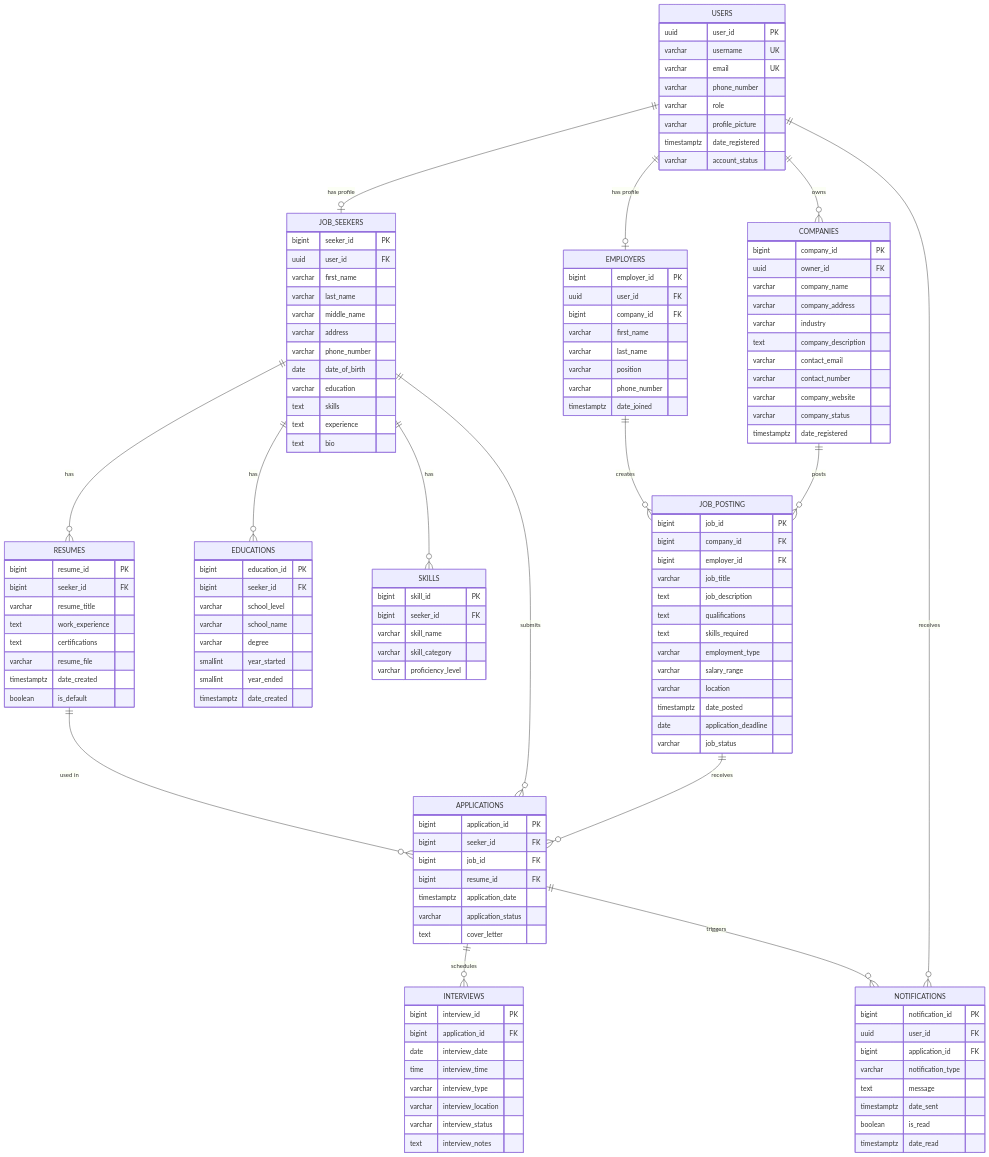
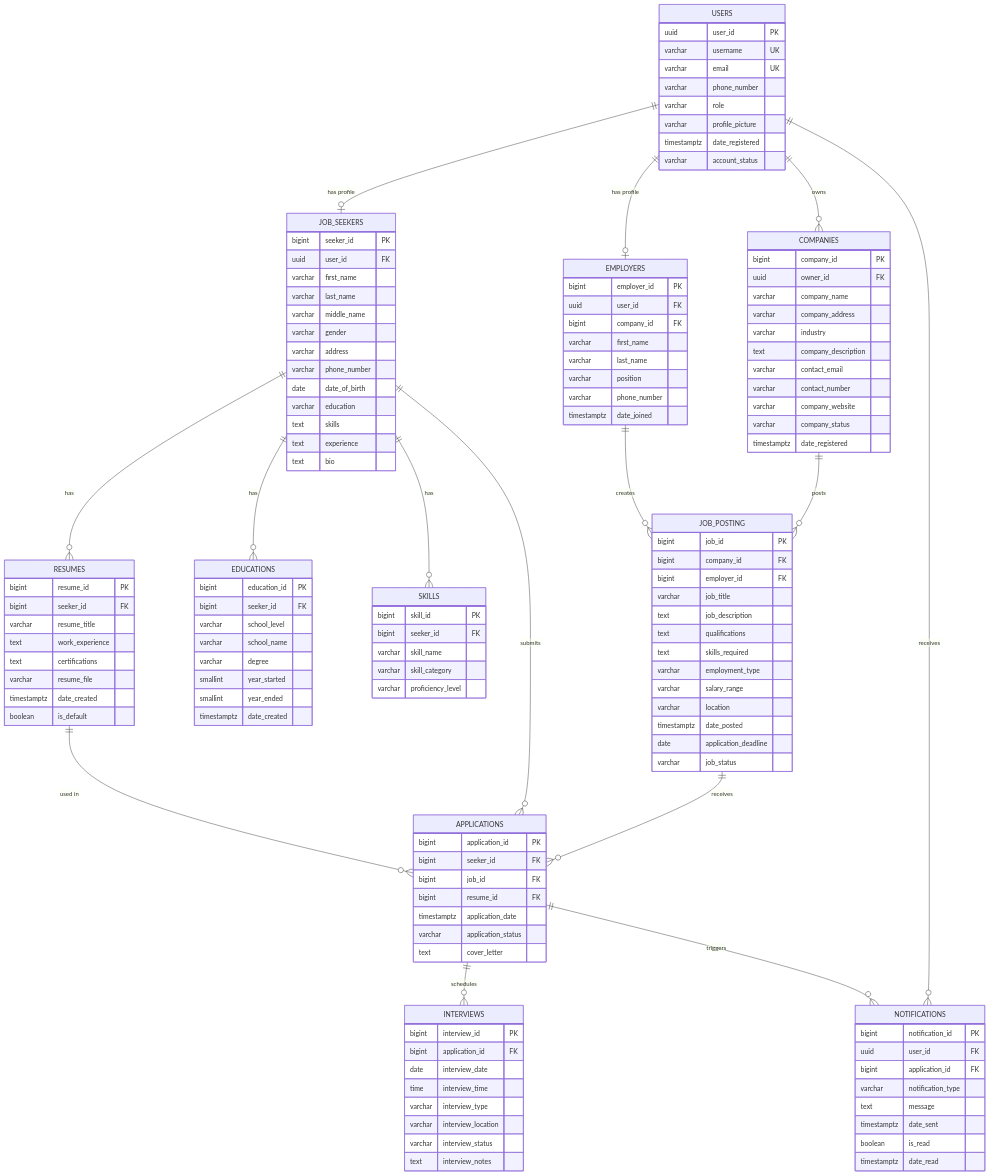
Before and after one commit to sandaramangubat22/cuteko: the diagram in docs/erd.mmd, drawn with Mermaid. The commit also changed 4 other files, not shown here.

```diff
--- a/docs/erd.mmd
+++ b/docs/erd.mmd
@@ -1,148 +1,149 @@
 erDiagram
     USERS ||--o| JOB_SEEKERS : "has profile"
     USERS ||--o| EMPLOYERS : "has profile"
     USERS ||--o{ COMPANIES : "owns"
     USERS ||--o{ NOTIFICATIONS : "receives"
 
     COMPANIES ||--o{ JOB_POSTING : "posts"
     EMPLOYERS ||--o{ JOB_POSTING : "creates"
 
     JOB_SEEKERS ||--o{ RESUMES : "has"
     JOB_SEEKERS ||--o{ EDUCATIONS : "has"
     JOB_SEEKERS ||--o{ SKILLS : "has"
     JOB_SEEKERS ||--o{ APPLICATIONS : "submits"
 
     JOB_POSTING ||--o{ APPLICATIONS : "receives"
     RESUMES ||--o{ APPLICATIONS : "used in"
 
     APPLICATIONS ||--o{ INTERVIEWS : "schedules"
     APPLICATIONS ||--o{ NOTIFICATIONS : "triggers"
 
     USERS {
         uuid user_id PK
         varchar username UK
         varchar email UK
         varchar phone_number
         varchar role
         varchar profile_picture
         timestamptz date_registered
         varchar account_status
     }
 
     COMPANIES {
         bigint company_id PK
         uuid owner_id FK
         varchar company_name
         varchar company_address
         varchar industry
         text company_description
         varchar contact_email
         varchar contact_number
         varchar company_website
         varchar company_status
         timestamptz date_registered
     }
 
     EMPLOYERS {
         bigint employer_id PK
         uuid user_id FK
         bigint company_id FK
         varchar first_name
         varchar last_name
         varchar position
         varchar phone_number
         timestamptz date_joined
     }
 
     JOB_SEEKERS {
         bigint seeker_id PK
         uuid user_id FK
         varchar first_name
         varchar last_name
         varchar middle_name
+        varchar gender
         varchar address
         varchar phone_number
         date date_of_birth
         varchar education
         text skills
         text experience
         text bio
     }
 
     RESUMES {
         bigint resume_id PK
         bigint seeker_id FK
         varchar resume_title
         text work_experience
         text certifications
         varchar resume_file
         timestamptz date_created
         boolean is_default
     }
 
     EDUCATIONS {
         bigint education_id PK
         bigint seeker_id FK
         varchar school_level
         varchar school_name
         varchar degree
         smallint year_started
         smallint year_ended
         timestamptz date_created
     }
 
     SKILLS {
         bigint skill_id PK
         bigint seeker_id FK
         varchar skill_name
         varchar skill_category
         varchar proficiency_level
     }
 
     JOB_POSTING {
         bigint job_id PK
         bigint company_id FK
         bigint employer_id FK
         varchar job_title
         text job_description
         text qualifications
         text skills_required
         varchar employment_type
         varchar salary_range
         varchar location
         timestamptz date_posted
         date application_deadline
         varchar job_status
     }
 
     APPLICATIONS {
         bigint application_id PK
         bigint seeker_id FK
         bigint job_id FK
         bigint resume_id FK
         timestamptz application_date
         varchar application_status
         text cover_letter
     }
 
     INTERVIEWS {
         bigint interview_id PK
         bigint application_id FK
         date interview_date
         time interview_time
         varchar interview_type
         varchar interview_location
         varchar interview_status
         text interview_notes
     }
 
     NOTIFICATIONS {
         bigint notification_id PK
         uuid user_id FK
         bigint application_id FK
         varchar notification_type
         text message
         timestamptz date_sent
         boolean is_read
         timestamptz date_read
     }
```
